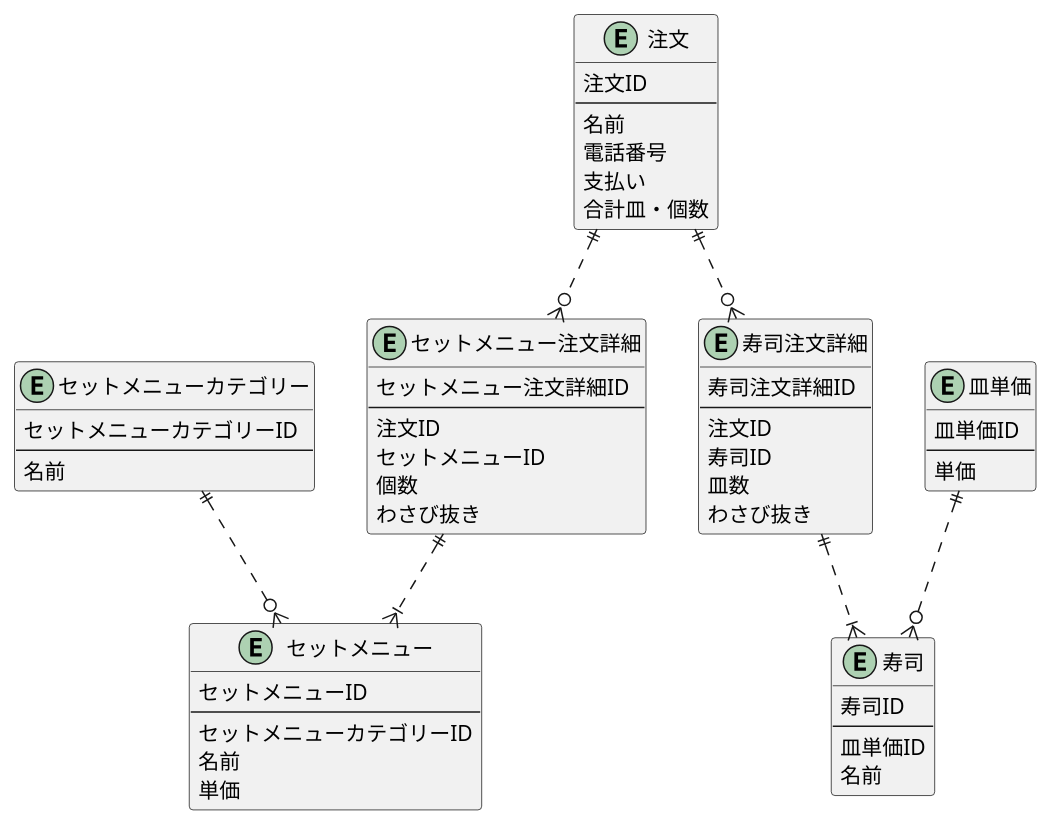
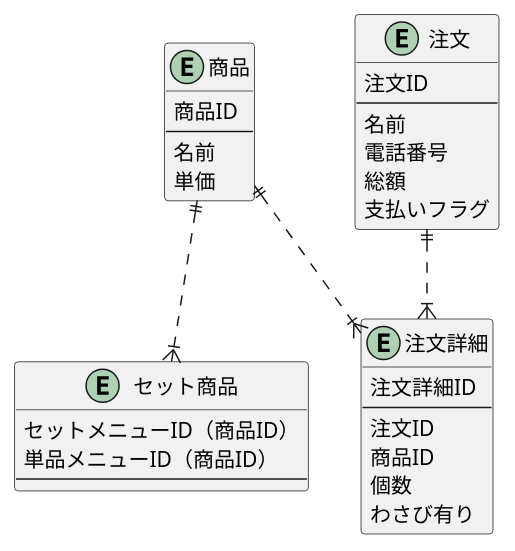
Before and after one commit to kyainuma/praha_challenge: the diagram in database_design/db_modeling1/01_order.pu, drawn with PlantUML.

Commit message:
fix:課題1修正

```diff
--- a/database_design/db_modeling1/01_order.pu
+++ b/database_design/db_modeling1/01_order.pu
@@ -1,64 +1,38 @@
 @startuml
 
-entity "セットメニュー" {
-  セットメニューID
+entity "商品" {
+  商品ID
   --
-  セットメニューカテゴリーID
   名前
   単価
 }
 
-entity "セットメニューカテゴリー" {
-  セットメニューカテゴリーID
+entity "セット商品" {
+  セットメニューID（商品ID）
+  単品メニューID（商品ID）
   --
-  名前
-}
-
-entity "寿司" {
-  寿司ID
-  --
-  皿単価ID
-  名前
-}
-
-entity "皿単価" {
-  皿単価ID
-  --
-  単価
 }
 
 entity "注文" {
   注文ID
   --
   名前
   電話番号
-  支払い
-  合計皿・個数
+  総額
+  支払いフラグ
 }
 
-entity "寿司注文詳細" {
-  寿司注文詳細ID
+entity "注文詳細" {
+  注文詳細ID
   --
   注文ID
-  寿司ID
-  皿数
-  わさび抜き
+  商品ID
+  個数
+  わさび有り
 }
 
-entity "セットメニュー注文詳細" {
-  セットメニュー注文詳細ID
-  --
-  注文ID
-  セットメニューID
-  個数
-  わさび抜き
-}
-
-セットメニューカテゴリー ||..o{ セットメニュー
-皿単価 ||..o{ 寿司
-注文 ||..o{ 寿司注文詳細
-寿司注文詳細 ||..|{ 寿司
-注文 ||..o{ セットメニュー注文詳細
-セットメニュー注文詳細 ||..|{ セットメニュー
+商品 ||..|{ セット商品
+商品 ||..|{ 注文詳細
+注文 ||..|{ 注文詳細
 
 @enduml
```
